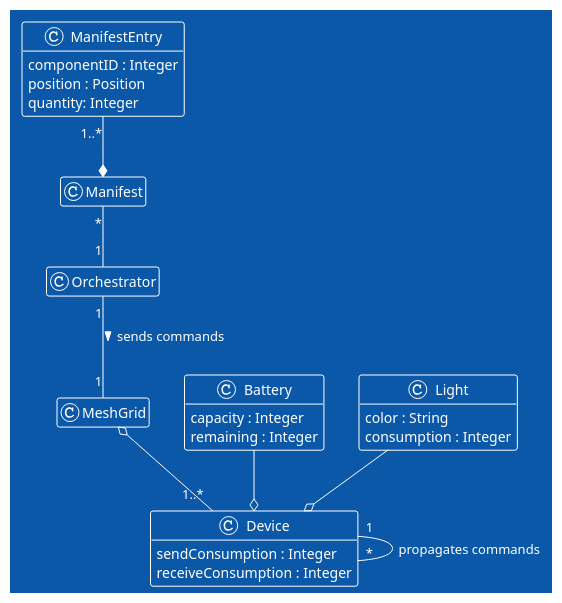
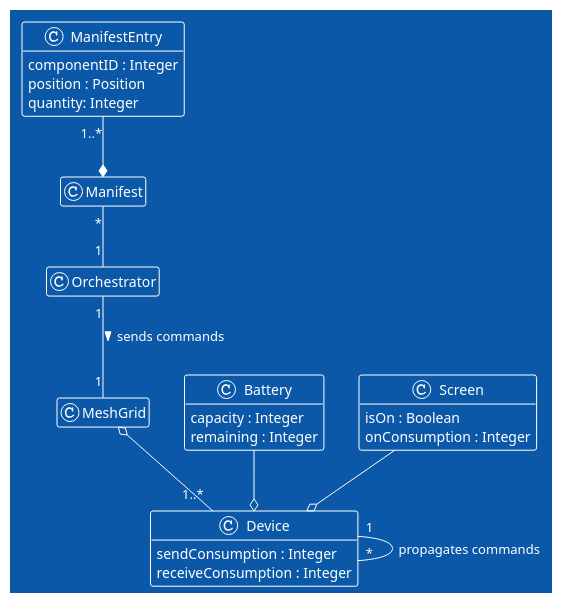
Before and after one commit to Diogogrosario/Warehouse-of-the-Future: the diagram in mesh_communication/docs/wiki/assets/diagrams_src/class.puml, drawn with PlantUML. The commit also changed 4 other files, not shown here.

Commit message:
Update: UML class and architecture diagrams. Added new tools to architecture

```diff
--- a/mesh_communication/docs/wiki/assets/diagrams_src/class.puml
+++ b/mesh_communication/docs/wiki/assets/diagrams_src/class.puml
@@ -1,44 +1,44 @@
 @startuml class_diagram
 
 !theme amiga
 
 hide empty members
 
 class ManifestEntry {
     componentID : Integer 
     position : Position 
     quantity: Integer
 }
 
 class Manifest {}
 
 class Orchestrator {}
 
 class MeshGrid {}
 
 class Device {
     sendConsumption : Integer
     receiveConsumption : Integer
 }
 
 class Battery {
     capacity : Integer
     remaining : Integer
 }
  
-class Light {
-    color : String
-    consumption : Integer
+class Screen {
+    isOn : Boolean
+    onConsumption : Integer
 }
 
 
 ManifestEntry "1..*" --* Manifest
 Manifest "*" --  "1" Orchestrator
 Orchestrator "1" -- "1" MeshGrid : > sends commands
 MeshGrid o-- "1..*" Device
 Device "1" -- "*" Device : propagates commands
 Battery --o Device
-Light --o Device
+Screen --o Device
 
 
 @enduml
```
